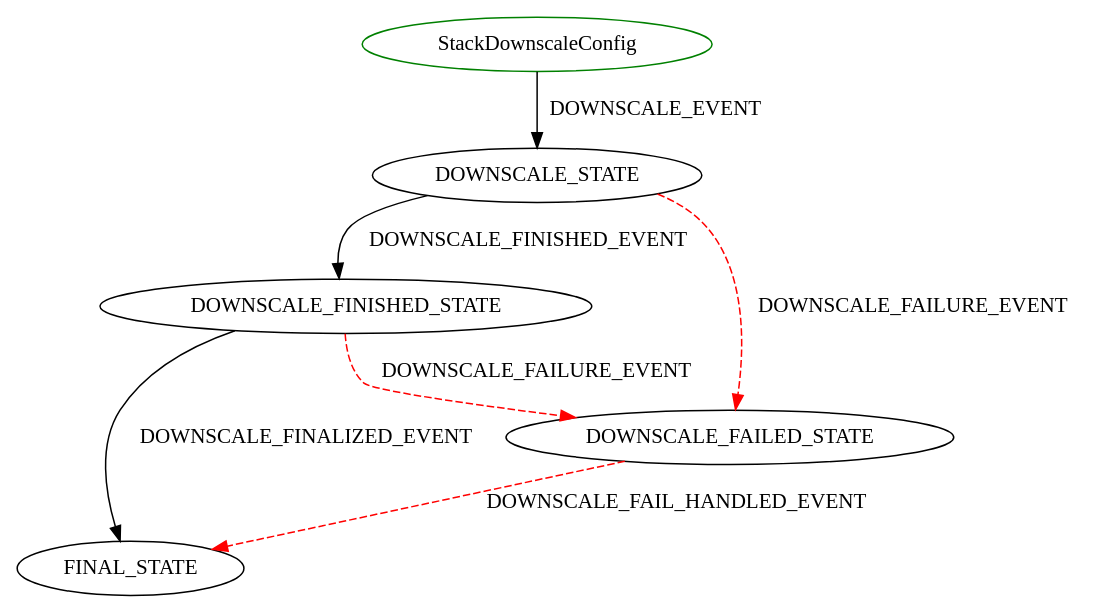
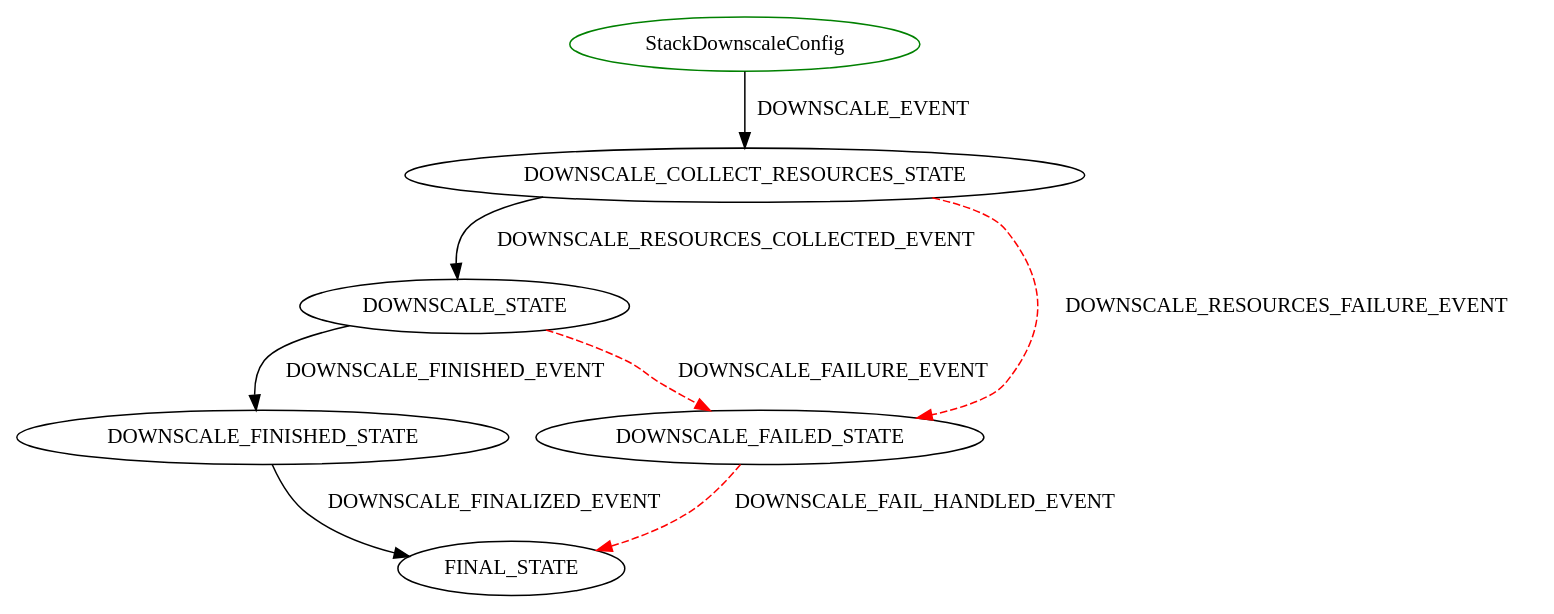
The diagram in docs/diagrams/StackDownscaleConfig.dot (sequenceiq/cloudbreak-docs), drawn with Graphviz before and after one commit. The commit also changed 7 other files, not shown here.

Commit message:
Upgrade flow graphs

```diff
--- a/docs/diagrams/StackDownscaleConfig.dot
+++ b/docs/diagrams/StackDownscaleConfig.dot
@@ -1,9 +1,10 @@
 digraph {
 INIT_STATE [label="StackDownscaleConfig" shape=ellipse color=green];
-INIT_STATE -> DOWNSCALE_STATE [label="DOWNSCALE_EVENT" color=black style=solid];
+INIT_STATE -> DOWNSCALE_COLLECT_RESOURCES_STATE [label="DOWNSCALE_EVENT" color=black style=solid];
+DOWNSCALE_COLLECT_RESOURCES_STATE -> DOWNSCALE_STATE [label="DOWNSCALE_RESOURCES_COLLECTED_EVENT" color=black style=solid];
+DOWNSCALE_COLLECT_RESOURCES_STATE -> DOWNSCALE_FAILED_STATE [label="DOWNSCALE_RESOURCES_FAILURE_EVENT" color=red style=dashed];
+DOWNSCALE_FAILED_STATE -> FINAL_STATE [label="DOWNSCALE_FAIL_HANDLED_EVENT" color=red style=dashed];
 DOWNSCALE_STATE -> DOWNSCALE_FINISHED_STATE [label="DOWNSCALE_FINISHED_EVENT" color=black style=solid];
 DOWNSCALE_STATE -> DOWNSCALE_FAILED_STATE [label="DOWNSCALE_FAILURE_EVENT" color=red style=dashed];
-DOWNSCALE_FAILED_STATE -> FINAL_STATE [label="DOWNSCALE_FAIL_HANDLED_EVENT" color=red style=dashed];
 DOWNSCALE_FINISHED_STATE -> FINAL_STATE [label="DOWNSCALE_FINALIZED_EVENT" color=black style=solid];
-DOWNSCALE_FINISHED_STATE -> DOWNSCALE_FAILED_STATE [label="DOWNSCALE_FAILURE_EVENT" color=red style=dashed];
 }
```
